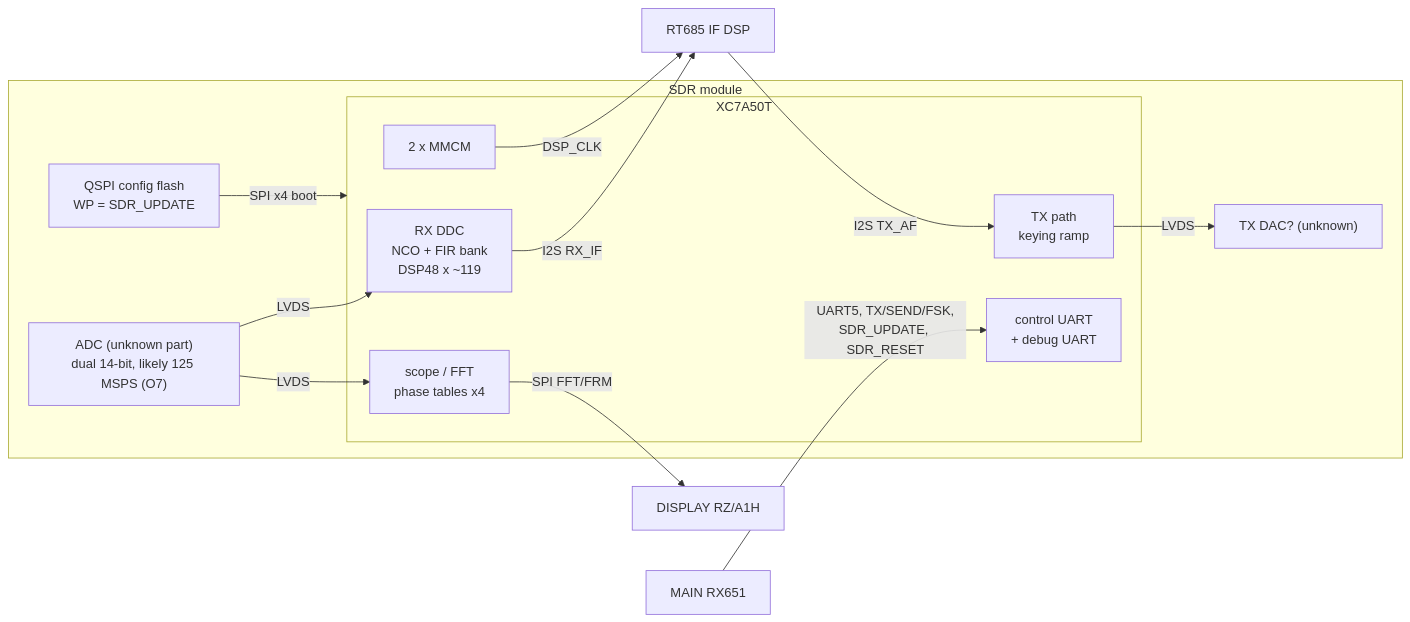
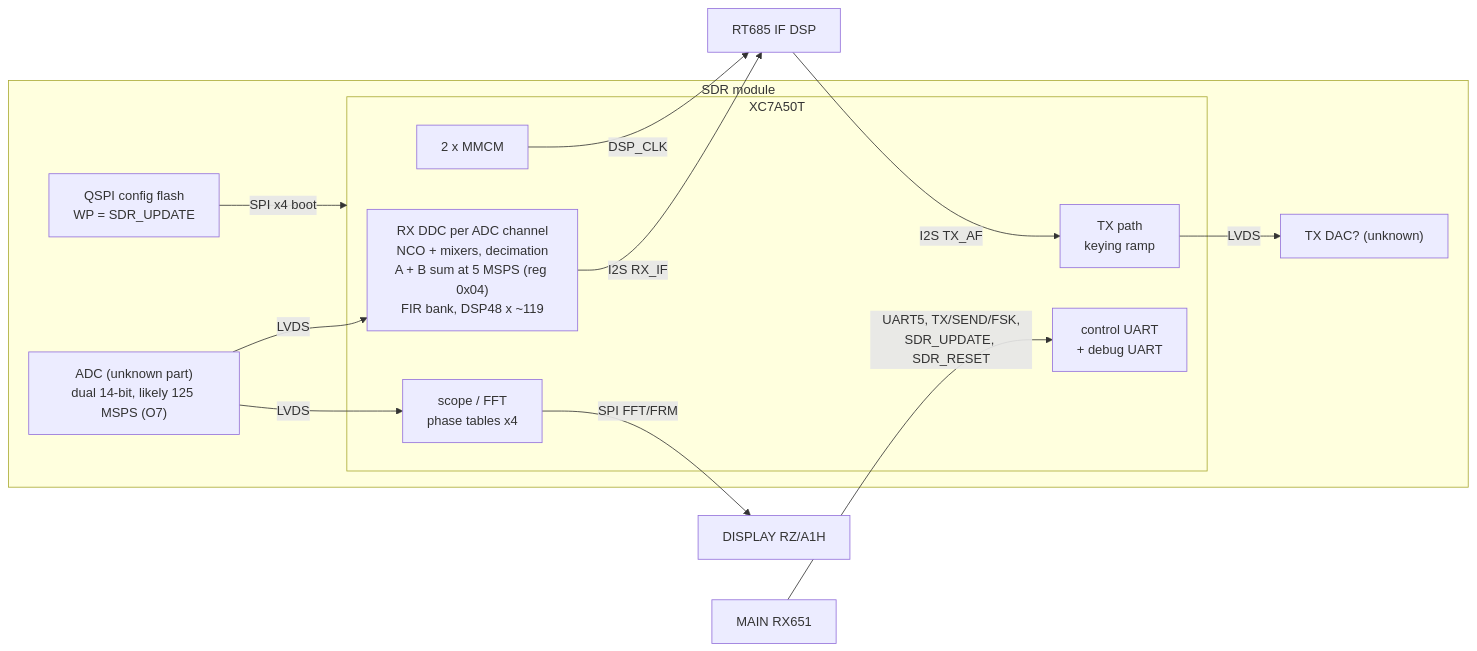
Before and after one commit to Reid-n0rc/FT-710_Firmware: the first of 2 diagrams in docs/code/sdr/README.md, drawn with Mermaid. The commit also changed other lines of this file and 12 other files, not shown here.

First line of the commit message:
#172: the FPGA adds ADC channels A and B at 5 MSPS, selected by reg 0x04

````diff
--- a/docs/code/sdr/README.md
+++ b/docs/code/sdr/README.md
@@ -52,24 +52,24 @@
 ```mermaid
 flowchart LR
   subgraph MOD["SDR module"]
     ADC["ADC (unknown part)<br/>dual 14-bit, likely 125 MSPS (O7)"]
     Q["QSPI config flash<br/>WP = SDR_UPDATE"]
     subgraph F["XC7A50T"]
-      DDC["RX DDC<br/>NCO + FIR bank<br/>DSP48 x ~119"]
+      DDC["RX DDC per ADC channel<br/>NCO + mixers, decimation<br/>A + B sum at 5 MSPS (reg 0x04)<br/>FIR bank, DSP48 x ~119"]
       SC["scope / FFT<br/>phase tables x4"]
       TX["TX path<br/>keying ramp"]
       CR["control UART<br/>+ debug UART"]
       CK["2 x MMCM"]
     end
     DAC["TX DAC? (unknown)"]
   end
   ADC -- LVDS --> DDC
   ADC -- LVDS --> SC
   TX -- LVDS --> DAC
   Q -- "SPI x4 boot" --> F
   DDC -- "I2S RX_IF" --> RT["RT685 IF DSP"]
   RT -- "I2S TX_AF" --> TX
   CK -- DSP_CLK --> RT
   SC -- "SPI FFT/FRM" --> DI["DISPLAY RZ/A1H"]
   MA["MAIN RX651"] -- "UART5, TX/SEND/FSK,<br/>SDR_UPDATE, SDR_RESET" --> CR
 ```
````
